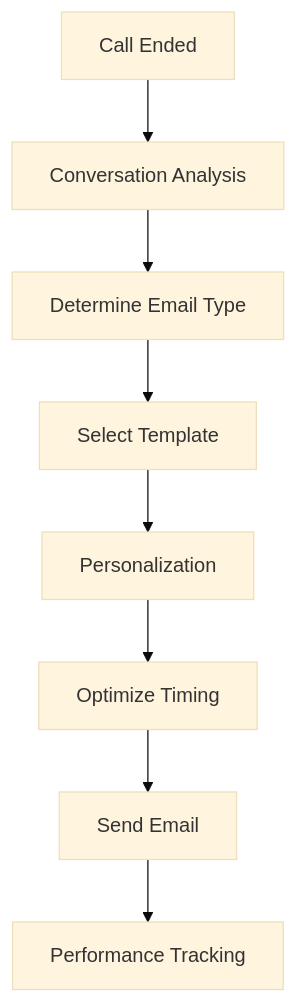
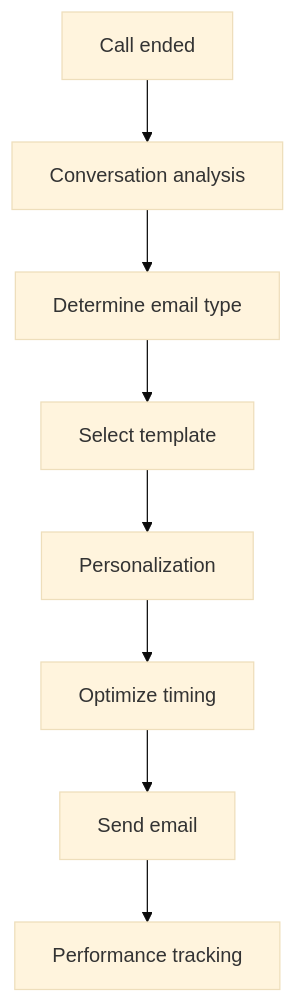
One commit to bekgroup/Famulor-docs-de changed the first of 2 diagrams in en/automation-platform/integrations/einzelintegrations/gmail.mdx. Above: the diagram before and after it, drawn with Mermaid (base theme). The commit also changed other lines of this file and 16 other files, not shown here.

````diff
--- a/en/automation-platform/integrations/einzelintegrations/gmail.mdx
+++ b/en/automation-platform/integrations/einzelintegrations/gmail.mdx
@@ -35,10 +35,10 @@
 ```mermaid
 graph TD
-    A[Call Ended] --> B[Conversation Analysis]
-    B --> C[Determine Email Type]
-    C --> D[Select Template]
+    A[Call ended] --> B[Conversation analysis]
+    B --> C[Determine email type]
+    C --> D[Select template]
     D --> E[Personalization]
-    E --> F[Optimize Timing]
-    F --> G[Send Email]
-    G --> H[Performance Tracking]
+    E --> F[Optimize timing]
+    F --> G[Send email]
+    G --> H[Performance tracking]
 ```
````
